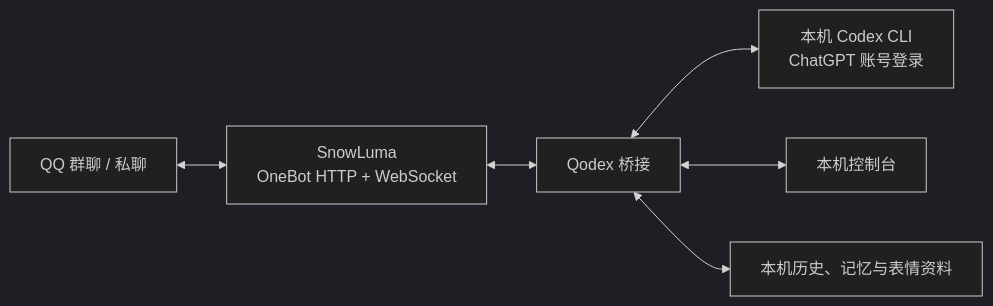
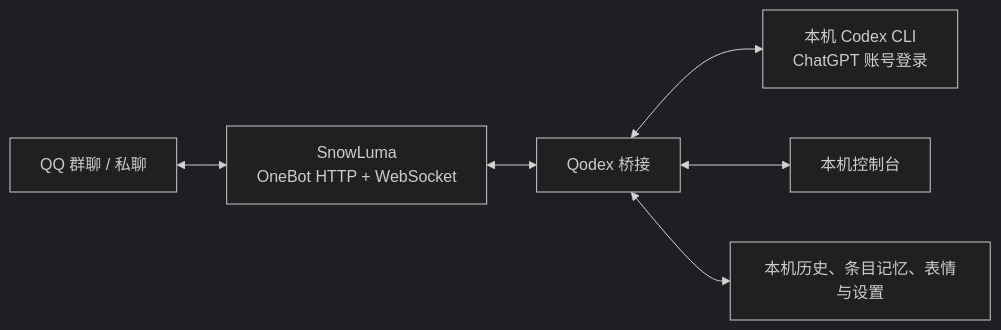
Before and after one commit to ChrisZ-123/Qodex: the diagram in README.md, drawn with Mermaid (dark theme). The commit also changed other lines of this file and 13 other files, not shown here.

````diff
--- a/README.md
+++ b/README.md
@@ -11,8 +11,8 @@
 ```mermaid
 flowchart LR
     QQ[QQ 群聊 / 私聊] <--> SL[SnowLuma<br/>OneBot HTTP + WebSocket]
     SL <--> QB[Qodex 桥接]
     QB <--> CX[本机 Codex CLI<br/>ChatGPT 账号登录]
     QB <--> UI[本机控制台]
-    QB <--> ST[本机历史、记忆与表情资料]
+    QB <--> ST[本机历史、条目记忆、表情与设置]
 ```
````
